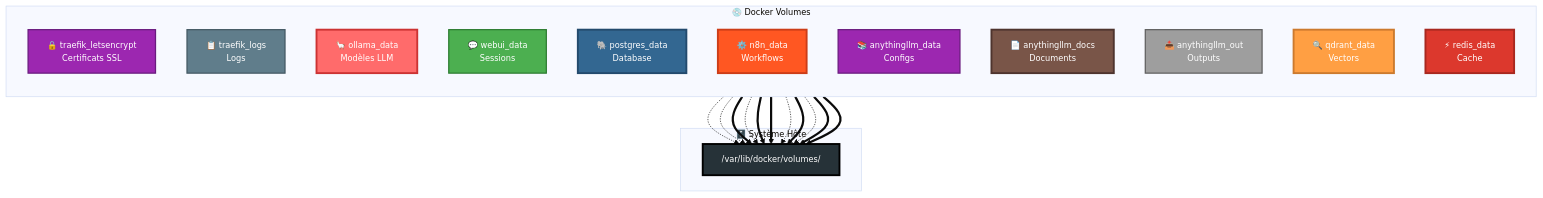
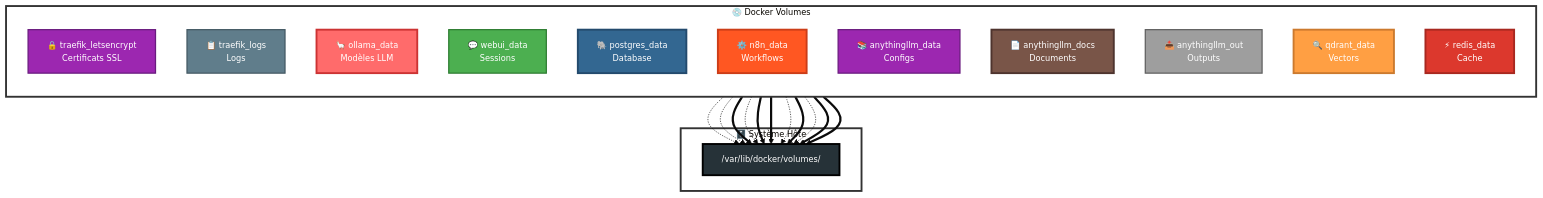
One commit to MPFabio/Stack-IA changed the sixth of 14 diagrams in docs/ARCHITECTURE.md. Above: the diagram before and after it, drawn with Mermaid. The commit also changed other lines of this file, not shown here.

````diff
--- a/docs/ARCHITECTURE.md
+++ b/docs/ARCHITECTURE.md
@@ -390,47 +396,49 @@
 ```mermaid
 %%{init: {'theme':'base', 'themeVariables': { 'fontSize':'13px'}}}%%
 graph TB
     subgraph VOLUMES["💿 Docker Volumes"]
         direction TB
         V1["🔒 traefik_letsencrypt<br/>Certificats SSL"]
         V2["📋 traefik_logs<br/>Logs"]
         V3["🦙 ollama_data<br/>Modèles LLM"]
         V4["💬 webui_data<br/>Sessions"]
         V5["🐘 postgres_data<br/>Database"]
         V6["⚙️ n8n_data<br/>Workflows"]
         V7["📚 anythingllm_data<br/>Configs"]
         V8["📄 anythingllm_docs<br/>Documents"]
         V9["📤 anythingllm_out<br/>Outputs"]
         V10["🔍 qdrant_data<br/>Vectors"]
         V11["⚡ redis_data<br/>Cache"]
     end
     
     subgraph HOST["🗄️ Système Hôte"]
         PHYSICAL["/var/lib/docker/volumes/"]
     end
     
     V1 -.-> PHYSICAL
     V2 -.-> PHYSICAL
     V3 ==> PHYSICAL
     V4 -.-> PHYSICAL
     V5 ==> PHYSICAL
     V6 ==> PHYSICAL
     V7 -.-> PHYSICAL
     V8 ==> PHYSICAL
     V9 -.-> PHYSICAL
     V10 ==> PHYSICAL
     V11 ==> PHYSICAL
     
     style V1 fill:#9C27B0,stroke:#6a1b7f,stroke-width:2px,color:#fff
     style V2 fill:#607D8B,stroke:#455a64,stroke-width:2px,color:#fff
     style V3 fill:#ff6b6b,stroke:#cc3333,stroke-width:3px,color:#fff
     style V4 fill:#4CAF50,stroke:#2e7d32,stroke-width:2px,color:#fff
     style V5 fill:#336791,stroke:#234a6d,stroke-width:3px,color:#fff
     style V6 fill:#FF5722,stroke:#cc3d18,stroke-width:3px,color:#fff
     style V7 fill:#9C27B0,stroke:#6a1b7f,stroke-width:2px,color:#fff
     style V8 fill:#795548,stroke:#4e342e,stroke-width:3px,color:#fff
     style V9 fill:#9E9E9E,stroke:#616161,stroke-width:2px,color:#fff
     style V10 fill:#ff9f43,stroke:#cc7a2e,stroke-width:3px,color:#fff
     style V11 fill:#dc382d,stroke:#a82820,stroke-width:3px,color:#fff
     style PHYSICAL fill:#263238,stroke:#000,stroke-width:3px,color:#fff
+    style VOLUMES fill:#ffffff,stroke:#333,stroke-width:3px
+    style HOST fill:#ffffff,stroke:#333,stroke-width:3px
 ```
````
